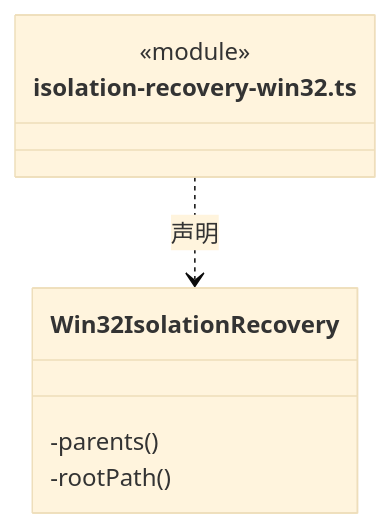
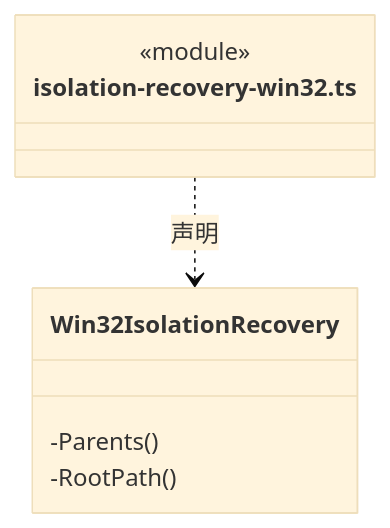
One commit to nan023062/cbim changed diagram 13 of 15 in src/logic/file-operations/platform/isolation/ARCHITECTURE.md. Above: the diagram before and after it, drawn with Mermaid (base theme). The commit also changed other lines of this file and 1035 other files, not shown here.

````diff
--- a/src/logic/file-operations/platform/isolation/ARCHITECTURE.md
+++ b/src/logic/file-operations/platform/isolation/ARCHITECTURE.md
@@ -303,11 +303,11 @@
 ```mermaid
 classDiagram
 class N_src_logic_file_operations_platform_isolation_isolation_recovery_win32_ts["isolation-recovery-win32.ts"] {
   <<module>>
 }
 class N_src_logic_file_operations_platform_isolation_isolation_recovery_win32_ts_Win32IsolationRecovery["Win32IsolationRecovery"] {
-  -parents()
-  -rootPath()
+  -Parents()
+  -RootPath()
 }
 N_src_logic_file_operations_platform_isolation_isolation_recovery_win32_ts ..> N_src_logic_file_operations_platform_isolation_isolation_recovery_win32_ts_Win32IsolationRecovery : 声明
 ```
````
